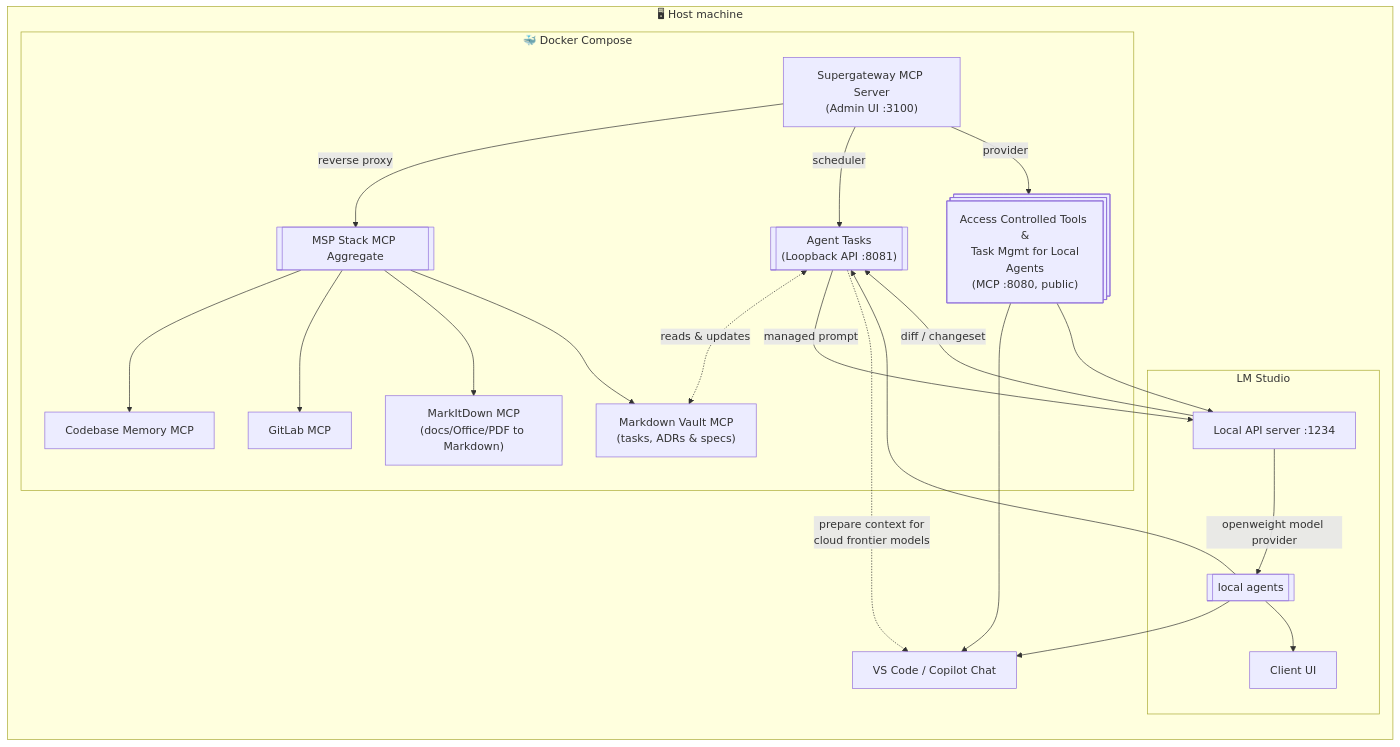
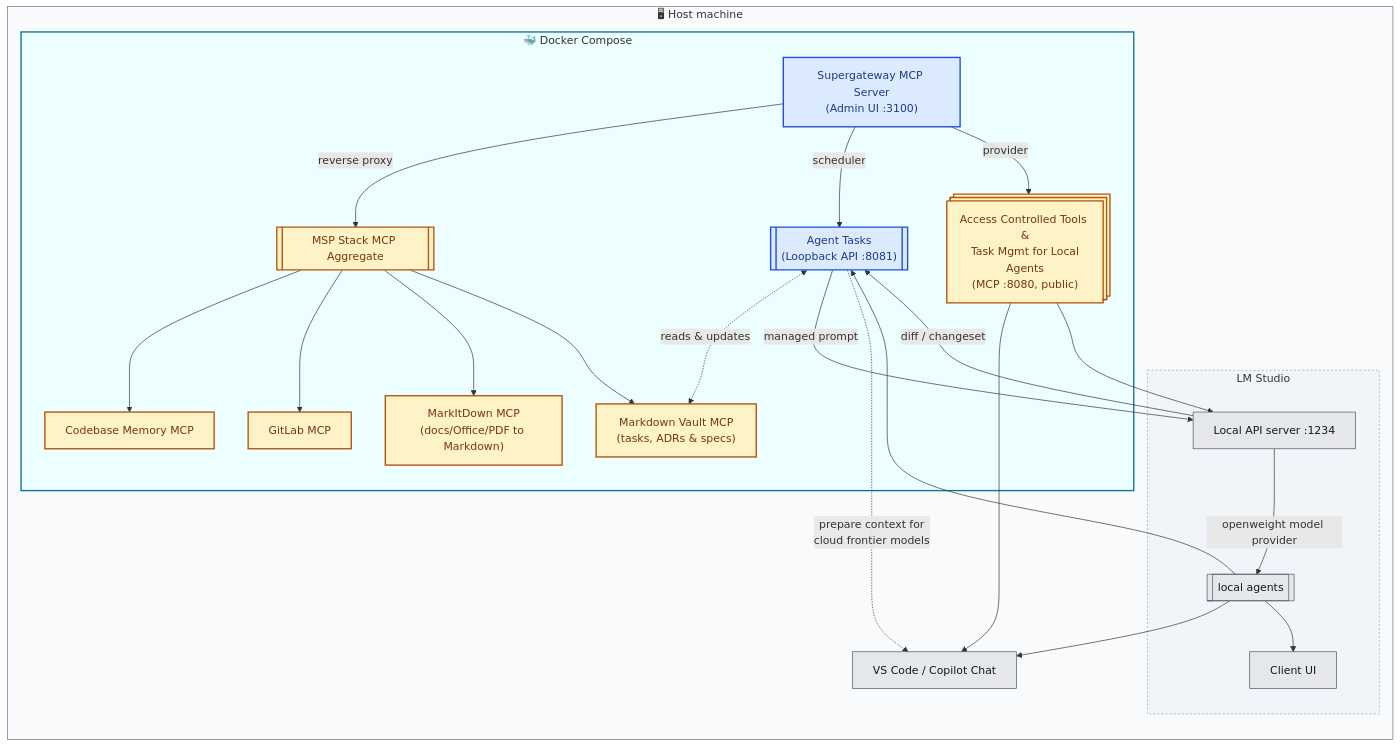
One commit to Flexi23/vscode-mcp-supergateway changed the diagram in README.md. Above: the diagram before and after it, drawn with Mermaid. The commit also changed other lines of this file and 1 other file, not shown here.

Commit message:
diagram edited with Sonnet 5

````diff
--- a/README.md
+++ b/README.md
@@ -21,47 +21,70 @@
 ```mermaid
 graph LR
     subgraph Host["🖥 Host machine"]
         Copilot["VS Code / Copilot Chat"]
 
         subgraph LMStudio["LM Studio"]
           LMStudioServer["Local API server :1234"]
           LMStudioUI["Client UI"]
           LocalAgents@{ shape: subproc, label: "local agents" }
         end
 
         subgraph Docker["🐳 Docker Compose"]
             Supergateway["Supergateway MCP Server<br/>(Admin UI :3100)"]
 
             Loopback@{ shape: subproc, label: "Agent Tasks<br/>(Loopback API :8081)" }
             Proxy@{ shape: subproc, label: "MSP Stack MCP Aggregate" }
             MCP@{ shape: processes, label: "Access Controlled Tools &<br/> Task Mgmt for Local Agents<br/>(MCP :8080, public)" }
 
             MarkdownVault["Markdown Vault MCP<br/>(tasks, ADRs & specs)"]
             CodebaseMemory["Codebase Memory MCP"]
             GitLab["GitLab MCP"]
             MarkItDown["MarkItDown MCP<br/>(docs/Office/PDF to Markdown)"]
         end
     end
 
     Supergateway --> |reverse proxy| Proxy
     Supergateway --> |scheduler| Loopback
     Loopback <-. reads & updates .-> MarkdownVault
     Supergateway --> |provider|MCP
 
     MCP --> Copilot
     MCP --> LMStudioServer
 
     LMStudioServer --> |openweight model provider| LocalAgents
     LMStudioServer --> |diff / changeset| Loopback
     Loopback --> |managed prompt| LMStudioServer
     Loopback -. prepare context for<br/> cloud frontier models .-> Copilot
 
     LocalAgents --> Copilot
     LocalAgents --> Loopback
     LocalAgents --> LMStudioUI
 
     Proxy --> CodebaseMemory
     Proxy --> GitLab
     Proxy --> MarkItDown
     Proxy --> MarkdownVault
+
+    click Supergateway "src/gateway.ts" "Entry point: src/gateway.ts (main())"
+    click Loopback "src/server.ts" "Entry point: src/server.ts (startBackendServer)"
+    click Proxy href "https://www.npmjs.com/package/@mspstack/mcp-gateway" "npm: @mspstack/mcp-gateway" _blank
+    click MCP href "https://www.npmjs.com/package/@mspstack/mcp-gateway" "npm: @mspstack/mcp-gateway (RBAC & tool access)" _blank
+    click MarkdownVault href "https://www.npmjs.com/package/@wirux/mcp-markdown-vault" "npm: @wirux/mcp-markdown-vault" _blank
+    click CodebaseMemory href "https://www.npmjs.com/package/codebase-memory-mcp" "npm: codebase-memory-mcp" _blank
+    click GitLab href "https://www.npmjs.com/package/@zereight/mcp-gitlab" "npm: @zereight/mcp-gitlab" _blank
+    click MarkItDown href "https://pypi.org/project/markitdown-mcp/" "PyPI: markitdown-mcp" _blank
+    click LMStudioServer href "https://lmstudio.ai/docs/app/api" "LM Studio local server docs" _blank
+    click LMStudioUI href "https://lmstudio.ai/" "LM Studio" _blank
+
+    classDef entryPoint fill:#dbeafe,stroke:#1d4ed8,stroke-width:2px,color:#1e3a8a;
+    classDef thirdParty fill:#fef3c7,stroke:#b45309,stroke-width:2px,color:#78350f;
+    classDef hostApp fill:#e5e7eb,stroke:#4b5563,stroke-width:1px,color:#111827;
+
+    class Supergateway,Loopback entryPoint;
+    class Proxy,MCP,MarkdownVault,CodebaseMemory,GitLab,MarkItDown thirdParty;
+    class Copilot,LMStudioServer,LMStudioUI,LocalAgents hostApp;
+
+    style Host fill:#f8fafc,stroke:#64748b,stroke-width:1px
+    style LMStudio fill:#f1f5f9,stroke:#94a3b8,stroke-width:1px,stroke-dasharray: 3 3
+    style Docker fill:#ecfeff,stroke:#0e7490,stroke-width:2px
 ```
````
